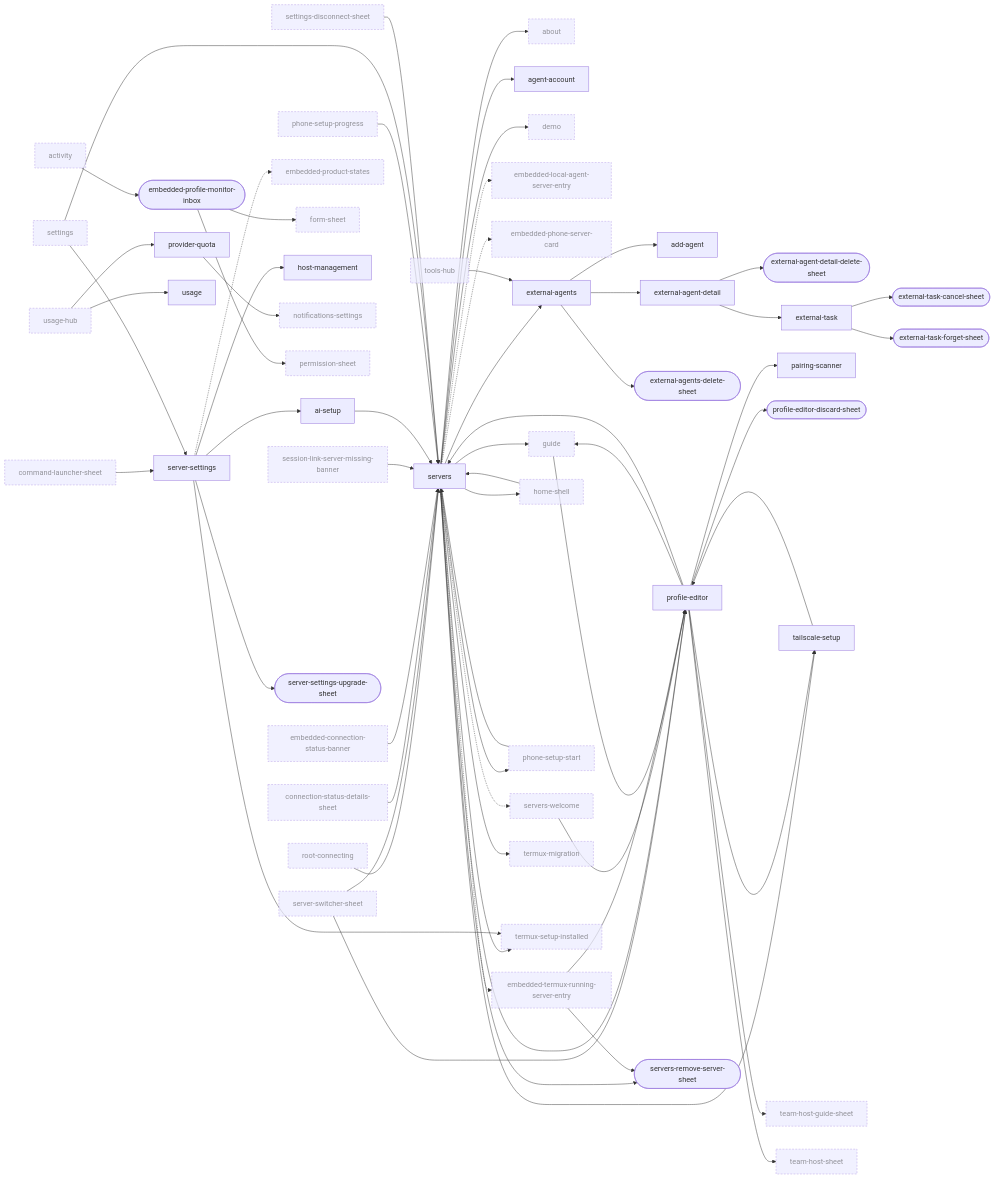
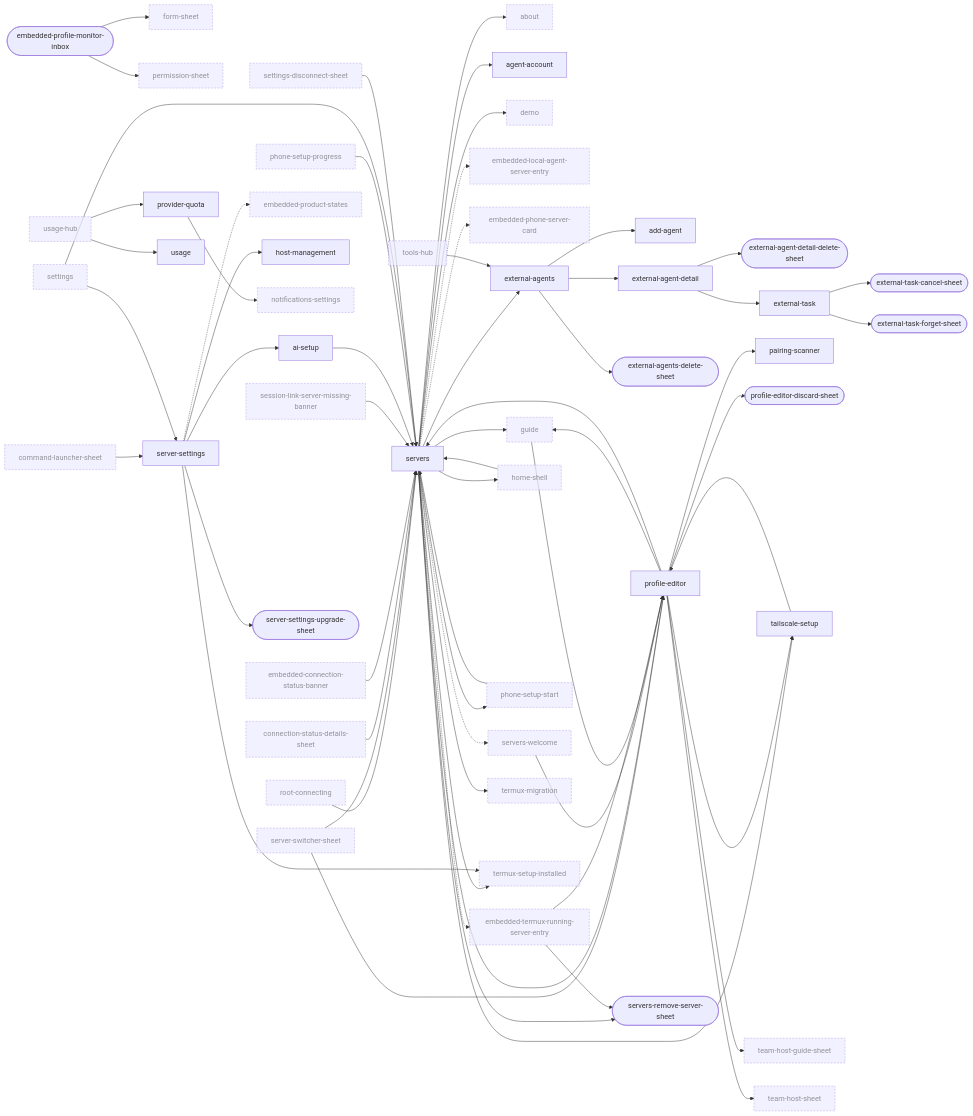
Before and after one commit to Eslamasabry/opencode-mobile-next: the fifth of 10 diagrams in docs/design/ui-ledger/navigation.md, drawn with Mermaid. The commit also changed other lines of this file and 203 other files, not shown here.

````diff
--- a/docs/design/ui-ledger/navigation.md
+++ b/docs/design/ui-ledger/navigation.md
@@ -679,7 +590,6 @@
 ```mermaid
 graph LR
   about["about"]:::ext
-  activity["activity"]:::ext
   add_agent["add-agent"]
   agent_account["agent-account"]
   ai_setup["ai-setup"]
@@ -784,7 +694,6 @@
   profile_editor --> servers
   servers -.-> servers_welcome
   embedded_termux_running_server_entry --> profile_editor
-  activity --> embedded_profile_monitor_inbox
   servers -.-> embedded_termux_running_server_entry
   servers -.-> embedded_local_agent_server_entry
   servers --> phone_setup_start
````
